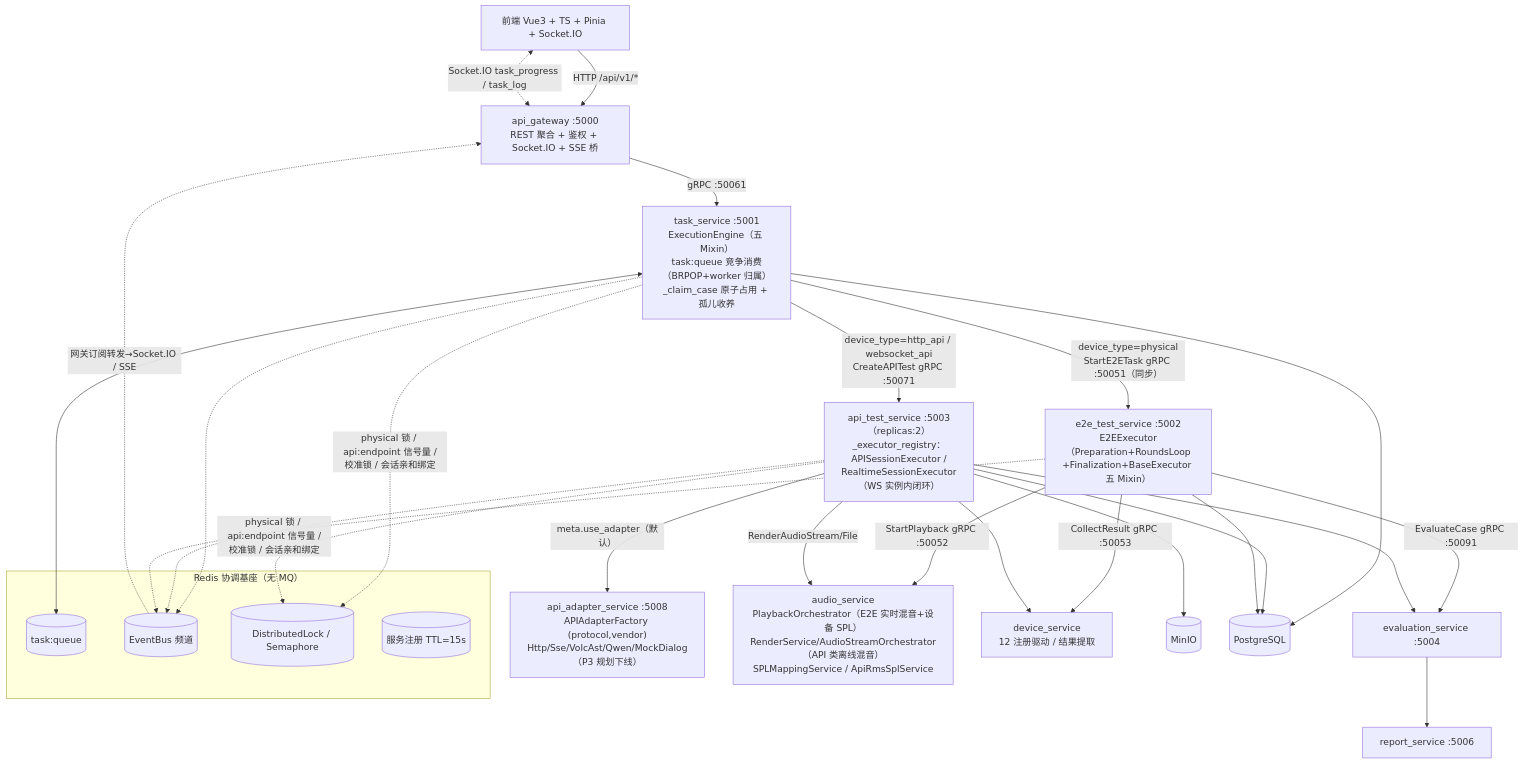
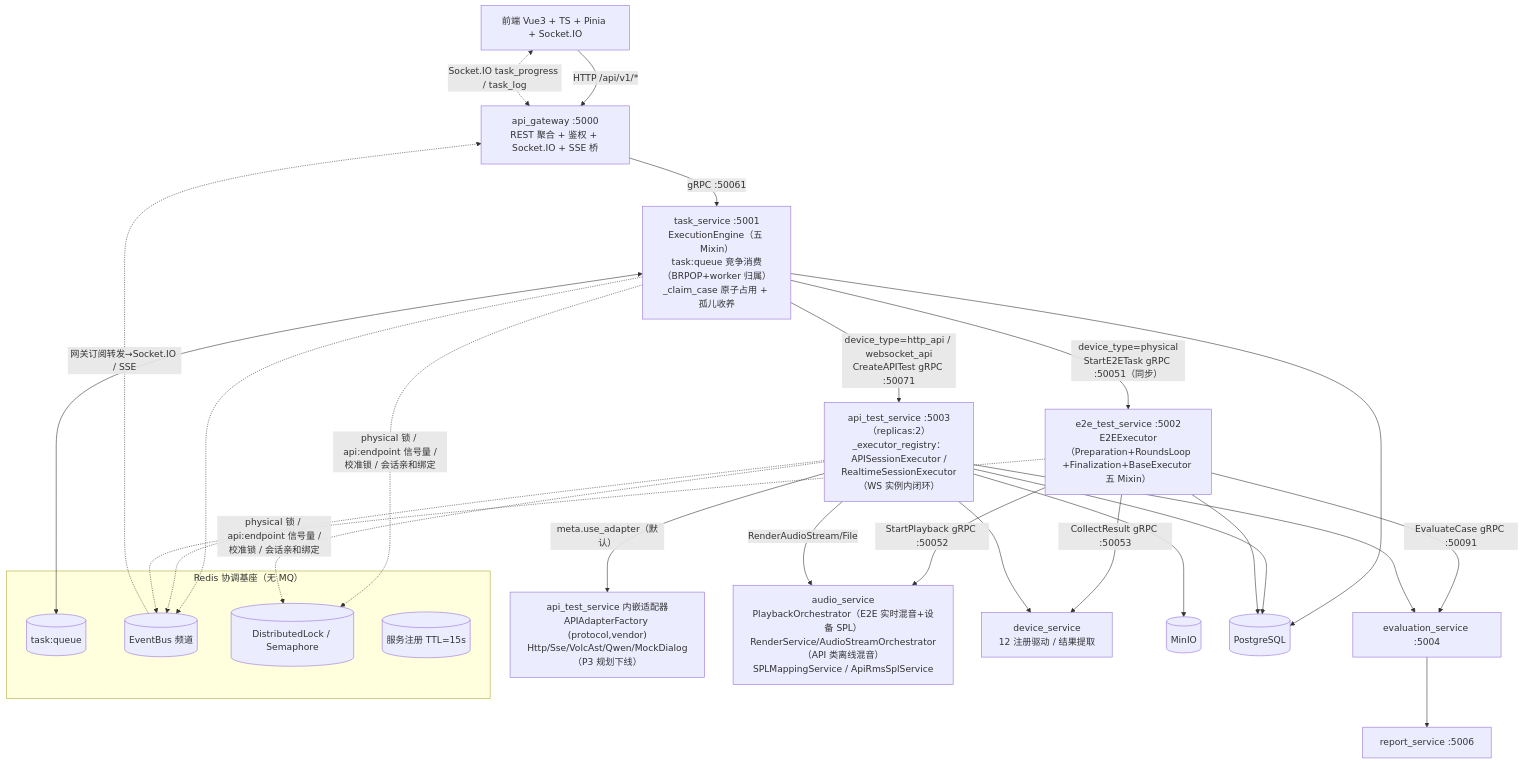
Before and after one commit to ydz-auto/intelligent_audio_test: the second of 2 diagrams in Intelligent-Audio-TEST/doc/验收/INT-263.md, drawn with Mermaid. The commit also changed other lines of this file and 164 other files, not shown here.

First line of the commit message:
INT-1176: 重构·API适配·实施——api_adapter_service 删除实施：HTTP 执行内嵌 api_test_service（迁移+删除）

````diff
--- a/Intelligent-Audio-TEST/doc/验收/INT-263.md
+++ b/Intelligent-Audio-TEST/doc/验收/INT-263.md
@@ -34,28 +34,28 @@
 ```mermaid
 flowchart TB
     FE["前端 Vue3 + TS + Pinia + Socket.IO"] -->|"HTTP /api/v1/*"| GW["api_gateway :5000<br/>REST 聚合 + 鉴权 + Socket.IO + SSE 桥"]
     FE <-.->|"Socket.IO task_progress / task_log"| GW
     GW -->|"gRPC :50061"| TS["task_service :5001<br/>ExecutionEngine（五 Mixin）<br/>task:queue 竞争消费（BRPOP+worker 归属）<br/>_claim_case 原子占用 + 孤儿收养"]
     TS -->|"device_type=physical<br/>StartE2ETask gRPC :50051（同步）"| E2E["e2e_test_service :5002<br/>E2EExecutor（Preparation+RoundsLoop<br/>+Finalization+BaseExecutor 五 Mixin）"]
     TS -->|"device_type=http_api / websocket_api<br/>CreateAPITest gRPC :50071"| ATS["api_test_service :5003（replicas:2）<br/>_executor_registry：APISessionExecutor /<br/>RealtimeSessionExecutor（WS 实例内闭环）"]
-    ATS -->|"meta.use_adapter（默认）"| AAS["api_adapter_service :5008<br/>APIAdapterFactory (protocol,vendor)<br/>Http/Sse/VolcAst/Qwen/MockDialog（P3 规划下线）"]
+    ATS -->|"meta.use_adapter（默认）"| AAS["api_test_service 内嵌适配器<br/>APIAdapterFactory (protocol,vendor)<br/>Http/Sse/VolcAst/Qwen/MockDialog（P3 规划下线）"]
     E2E -->|"StartPlayback gRPC :50052"| AU["audio_service<br/>PlaybackOrchestrator（E2E 实时混音+设备 SPL）<br/>RenderService/AudioStreamOrchestrator（API 类离线混音）<br/>SPLMappingService / ApiRmsSplService"]
     ATS -->|"RenderAudioStream/File"| AU
     E2E -->|"CollectResult gRPC :50053"| DS["device_service<br/>12 注册驱动 / 结果提取"]
     ATS --> DS
     E2E -->|"EvaluateCase gRPC :50091"| EV["evaluation_service :5004"]
     ATS --> EV
     EV --> REP["report_service :5006"]
     ATS --> OSS[("MinIO")]
     TS & ATS & E2E --> PG[("PostgreSQL")]
     subgraph RD["Redis 协调基座（无 MQ）"]
       Q[("task:queue")]
       EB[("EventBus 频道")]
       DL[("DistributedLock / Semaphore")]
       SR[("服务注册 TTL=15s")]
     end
     TS <--> Q
     TS & ATS -.->|"physical 锁 / api:endpoint 信号量 /<br/>校准锁 / 会话亲和绑定"| DL
     TS & ATS & E2E -.-> EB
     EB -.->|"网关订阅转发→Socket.IO / SSE"| GW
 ```
````
